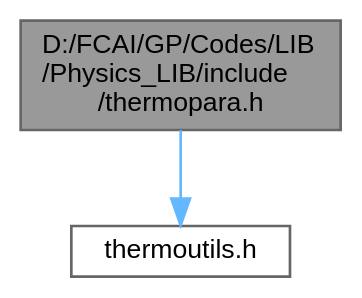
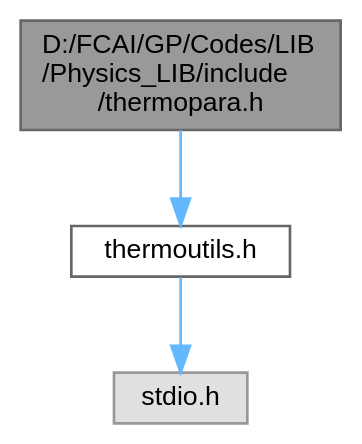
One commit to Computational-science-based-on-HPC/Computational-science-based-on-HPC.github.i changed the diagram in thermopara_8h__incl.dot. Above: the diagram before and after it, drawn with Graphviz. The commit also changed 30 other files, not shown here.

```diff
--- a/thermopara_8h__incl.dot
+++ b/thermopara_8h__incl.dot
@@ -1,10 +1,12 @@
 digraph "D:/FCAI/GP/Codes/LIB/Physics_LIB/include/thermopara.h"
 {
  // LATEX_PDF_SIZE
   bgcolor="transparent";
   edge [fontname=Helvetica,fontsize=10,labelfontname=Helvetica,labelfontsize=10];
   node [fontname=Helvetica,fontsize=10,shape=box,height=0.2,width=0.4];
-  Node1 [id="Node000001",label="D:/FCAI/GP/Codes/LIB\l/Physics_LIB/include\l/thermopara.h",height=0.2,width=0.4,color="gray40", fillcolor="grey60", style="filled", fontcolor="black",tooltip=" "];
+  Node1 [id="Node000001",label="D:/FCAI/GP/Codes/LIB\l/Physics_LIB/include\l/thermopara.h",height=0.2,width=0.4,color="gray40", fillcolor="grey60", style="filled", fontcolor="black",tooltip="This file contains the implementation of the parallel version of the heat transfer simulation in 1D a..."];
   Node1 -> Node2 [id="edge1_Node000001_Node000002",color="steelblue1",style="solid",tooltip=" "];
   Node2 [id="Node000002",label="thermoutils.h",height=0.2,width=0.4,color="grey40", fillcolor="white", style="filled",URL="$thermoutils_8h.html",tooltip=" "];
+  Node2 -> Node3 [id="edge2_Node000002_Node000003",color="steelblue1",style="solid",tooltip=" "];
+  Node3 [id="Node000003",label="stdio.h",height=0.2,width=0.4,color="grey60", fillcolor="#E0E0E0", style="filled",tooltip=" "];
 }
```
